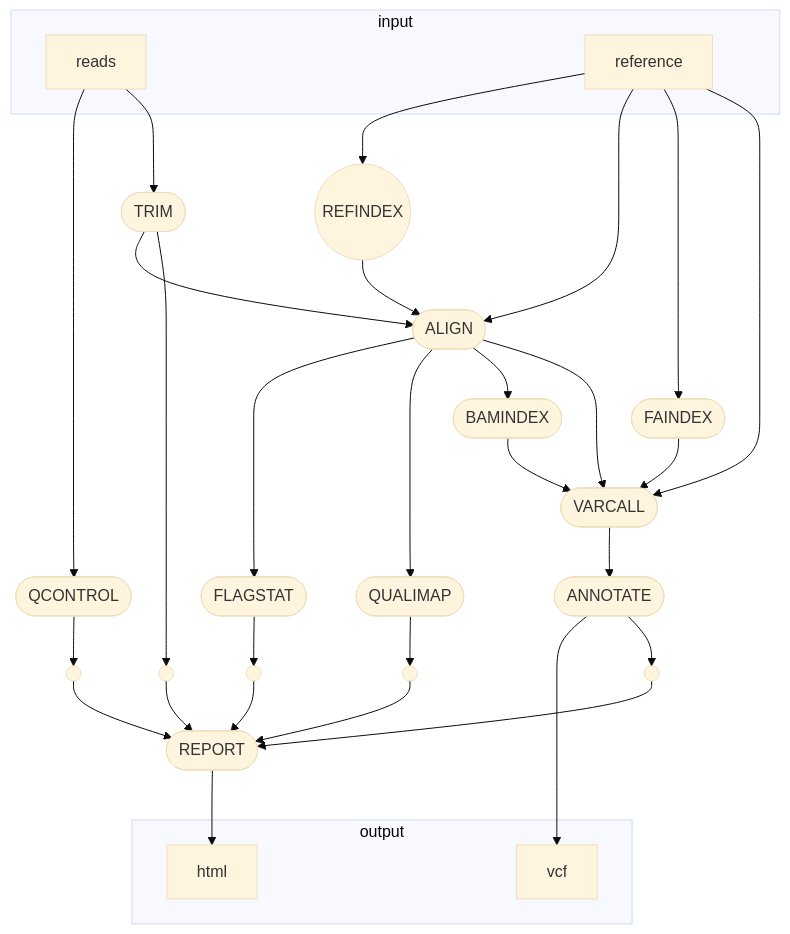
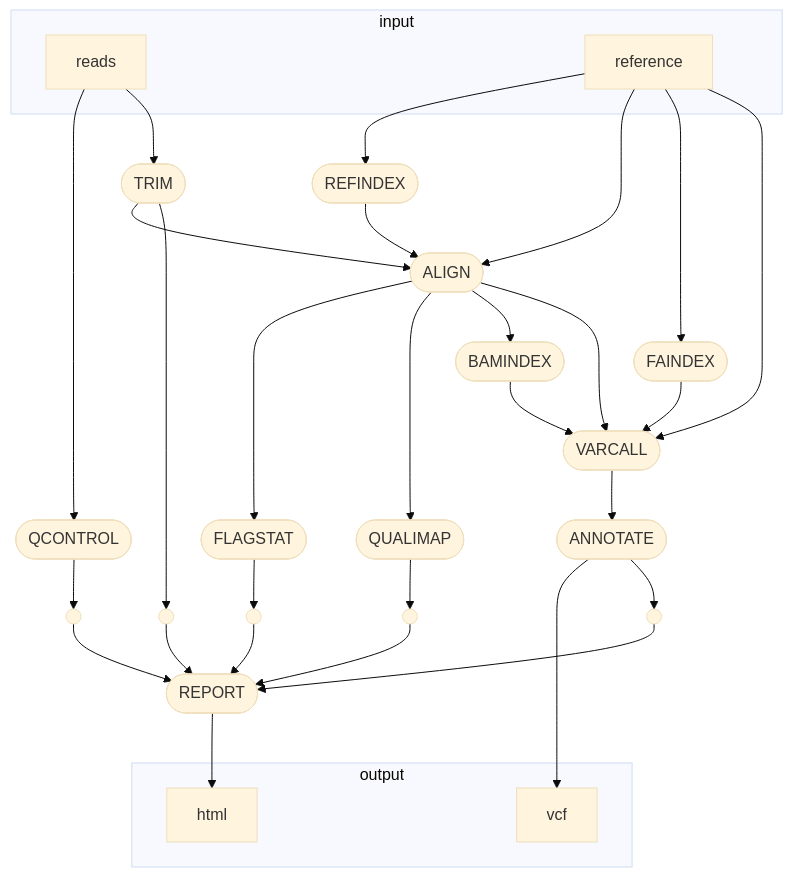
Before and after one commit to glebus-sasha/deepvariant_nf: the diagram in README.md, drawn with Mermaid.

````diff
--- a/README.md
+++ b/README.md
@@ -5,55 +5,55 @@
 ```mermaid
 %%{init: {'theme':'base'}}%%
 flowchart TB
     subgraph "input"
     v0["reads"]
     v1["reference"]
     end
     v3([QCONTROL])
     subgraph "output"
     v18["vcf"]
     v25["html"]
     end
     v5([TRIM])
     v8([ALIGN])
     v9([FLAGSTAT])
     v10([QUALIMAP])
     v12([FAINDEX])
     v13([BAMINDEX])
     v14([VARCALL])
     v17([ANNOTATE])
     v24([REPORT])
-    v2((REFINDEX))
+    v2([REFINDEX])
     v19(( ))
     v20(( ))
     v21(( ))
     v22(( ))
     v23(( ))
     v0 --> v3
     v0 --> v5
     v1 --> v2
     v3 --> v20
     v5 --> v8
     v5 --> v19
     v1 --> v8
     v2 --> v8
     v8 --> v9
     v8 --> v10
     v8 --> v13
     v8 --> v14
     v9 --> v21
     v10 --> v22
     v1 --> v12
     v12 --> v14
     v13 --> v14
     v1 --> v14
     v14 --> v17
     v17 --> v18
     v17 --> v23
     v19 --> v24
     v20 --> v24
     v21 --> v24
     v22 --> v24
     v23 --> v24
     v24 --> v25
 ```
````
